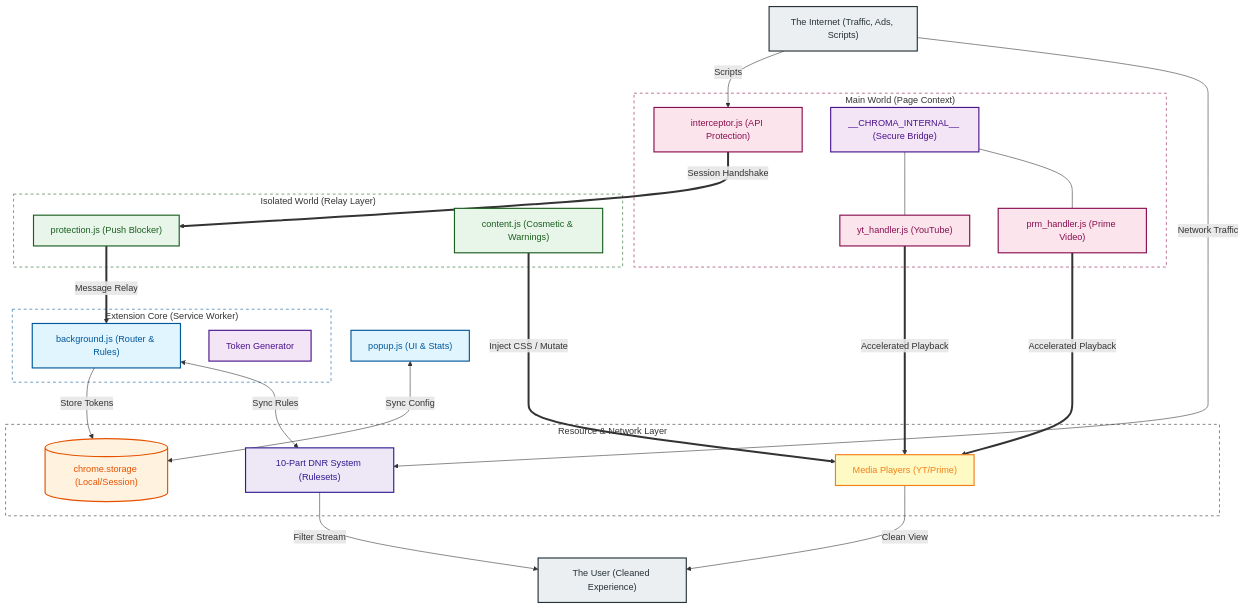
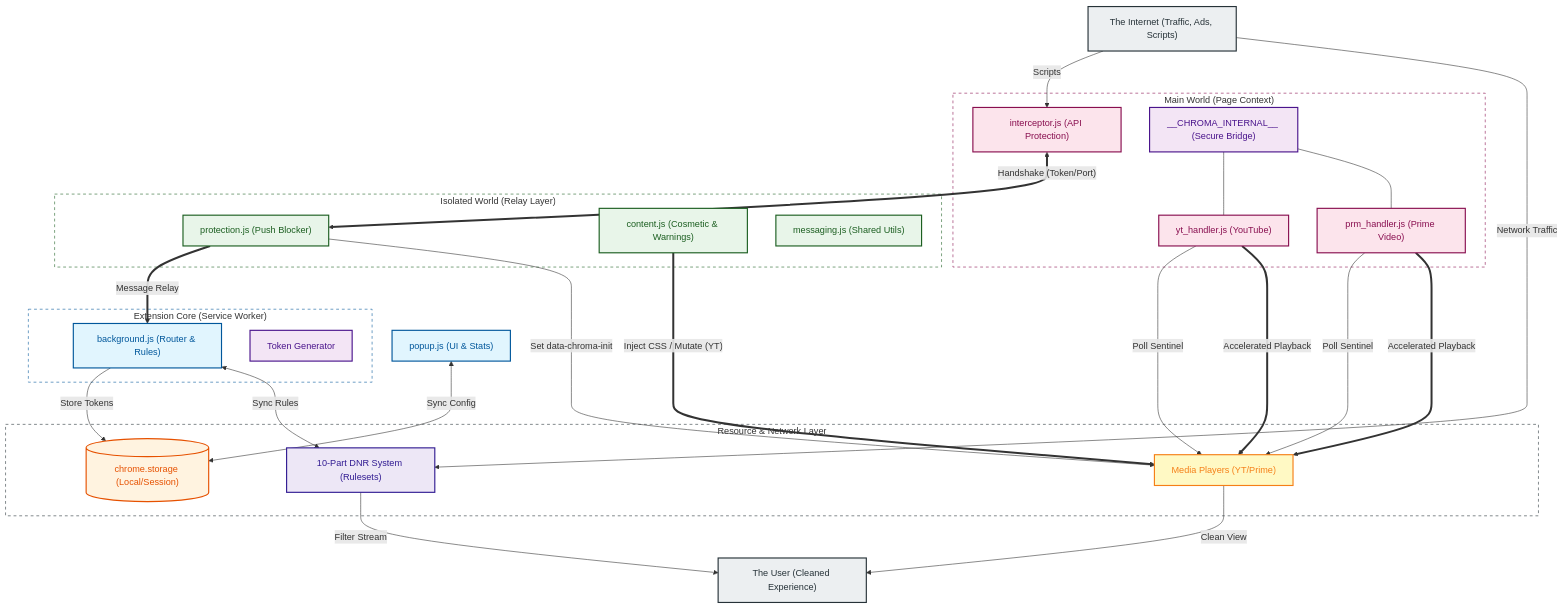
Before and after one commit to Dabrogost/Chroma-Ad-Blocker: the diagram in README.md, drawn with Mermaid.

Commit message:
docs: update architecture diagram to include messaging utils and refined handshake flow

````diff
--- a/README.md
+++ b/README.md
@@ -22,71 +22,76 @@
 ```mermaid
 graph TD
     classDef sw fill:#e1f5fe,color:#01579b,stroke:#01579b,stroke-width:2px
     classDef storage fill:#fff3e0,color:#e65100,stroke:#e65100,stroke-width:2px
     classDef isolated fill:#e8f5e9,color:#1b5e20,stroke:#1b5e20,stroke-width:2px
     classDef main fill:#fce4ec,color:#880e4f,stroke:#880e4f,stroke-width:2px
     classDef dnr fill:#ede7f6,color:#311b92,stroke:#311b92,stroke-width:2px
     classDef dom fill:#fff9c4,color:#f57f17,stroke:#f57f17,stroke-width:2px
     classDef secure fill:#f3e5f5,color:#4a148c,stroke:#4a148c,stroke-width:2px
     classDef actor fill:#eceff1,color:#263238,stroke:#263238,stroke-width:2px
 
     %% --- LAYER 0: ENTRANCE ---
     INTERNET["The Internet (Traffic, Ads, Scripts)"]:::actor
 
     %% --- LAYER 1: MAIN WORLD (Execution Context) ---
     subgraph MW["Main World (Page Context)"]
         INTERCEPT["interceptor.js (API Protection)"]:::main
         YT_H["yt_handler.js (YouTube)"]:::main
         PRM_H["prm_handler.js (Prime Video)"]:::main
         BRIDGE["__CHROMA_INTERNAL__ (Secure Bridge)"]:::secure
     end
 
     %% --- LAYER 2: ISOLATED WORLD (Extension Context) ---
     subgraph IW["Isolated World (Relay Layer)"]
         PROT["protection.js (Push Blocker)"]:::isolated
         CONT["content.js (Cosmetic & Warnings)"]:::isolated
+        MSG_U["messaging.js (Shared Utils)"]:::isolated
     end
 
     %% --- LAYER 3: SERVICE WORKER CORE ---
     subgraph SW["Extension Core (Service Worker)"]
         BG["background.js (Router & Rules)"]:::sw
         TOKEN_G["Token Generator"]:::secure
     end
 
     %% --- LAYER 4: INFRASTRUCTURE ---
     subgraph System["Resource & Network Layer"]
         STORAGE[("chrome.storage (Local/Session)")]:::storage
         DNR["10-Part DNR System (Rulesets)"]:::dnr
         PLAYER["Media Players (YT/Prime)"]:::dom
     end
 
     %% --- LAYER 5: UI ---
     POPUP["popup.js (UI & Stats)"]:::sw
     USER["The User (Cleaned Experience)"]:::actor
 
     %% --- PIPELINE FLOW ---
     INTERNET -- "Scripts" --> INTERCEPT
     INTERNET -- "Network Traffic" --> DNR
     
-    INTERCEPT ==>|"Session Handshake"| PROT
+    INTERCEPT <==>|"Handshake (Token/Port)"| PROT
     PROT ==>|"Message Relay"| BG
     BG -- "Store Tokens" --> STORAGE
+    
+    PROT -- "Set data-chroma-init" --> PLAYER
+    YT_H -- "Poll Sentinel" --> PLAYER
+    PRM_H -- "Poll Sentinel" --> PLAYER
     
     BRIDGE --- YT_H
     BRIDGE --- PRM_H
     YT_H ==>|"Accelerated Playback"| PLAYER
     PRM_H ==>|"Accelerated Playback"| PLAYER
     
-    CONT ==>|"Inject CSS / Mutate"| PLAYER
+    CONT ==>|"Inject CSS / Mutate (YT)"| PLAYER
     DNR -- "Filter Stream" --> USER
     PLAYER -- "Clean View" --> USER
     
     POPUP <-->|"Sync Config"| STORAGE
     BG <-->|"Sync Rules"| DNR
 
     %% Style Tweaks
     style MW fill:none,stroke:#880e4f,stroke-dasharray: 5 5
     style IW fill:none,stroke:#1b5e20,stroke-dasharray: 5 5
     style SW fill:none,stroke:#01579b,stroke-dasharray: 5 5
     style System fill:none,stroke:#263238,stroke-dasharray: 5 5
 ```
````
